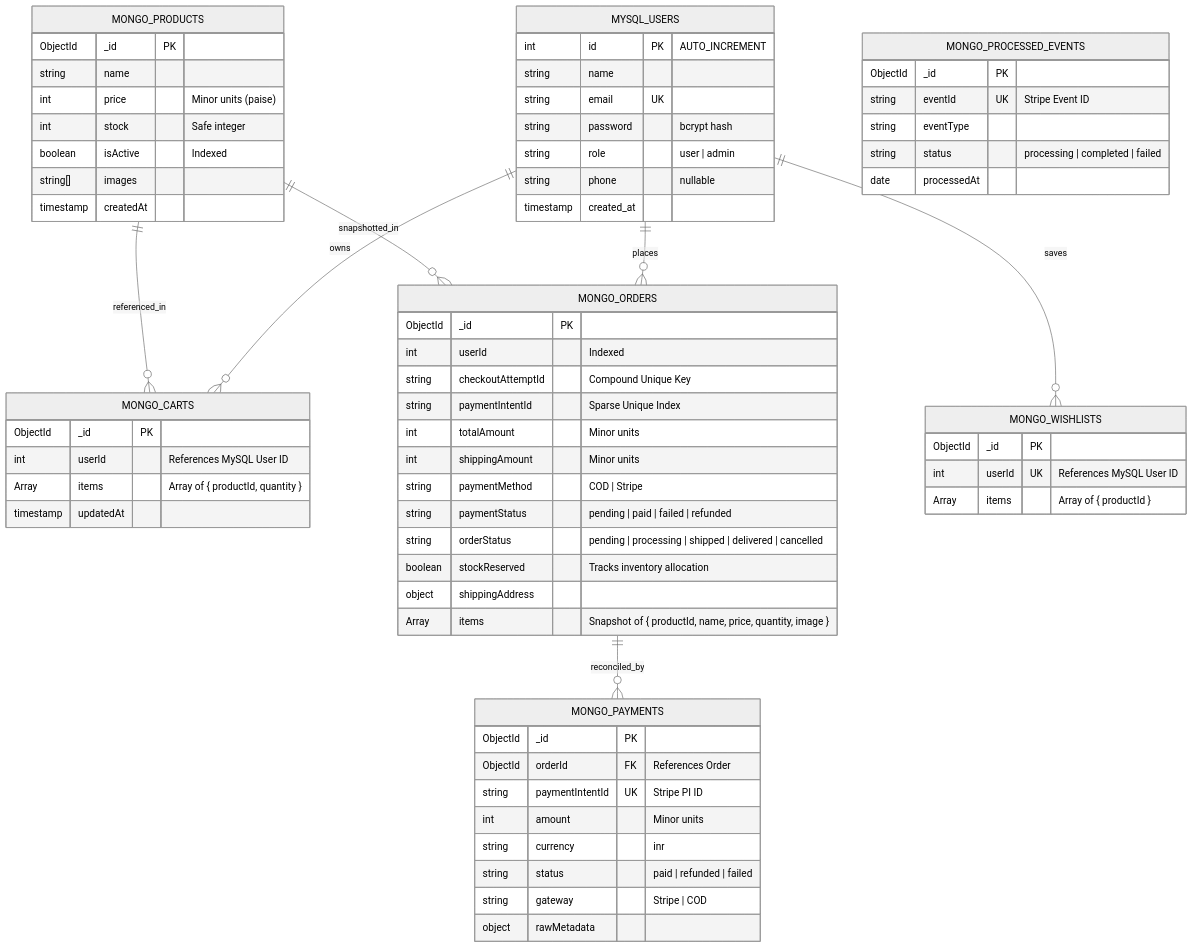
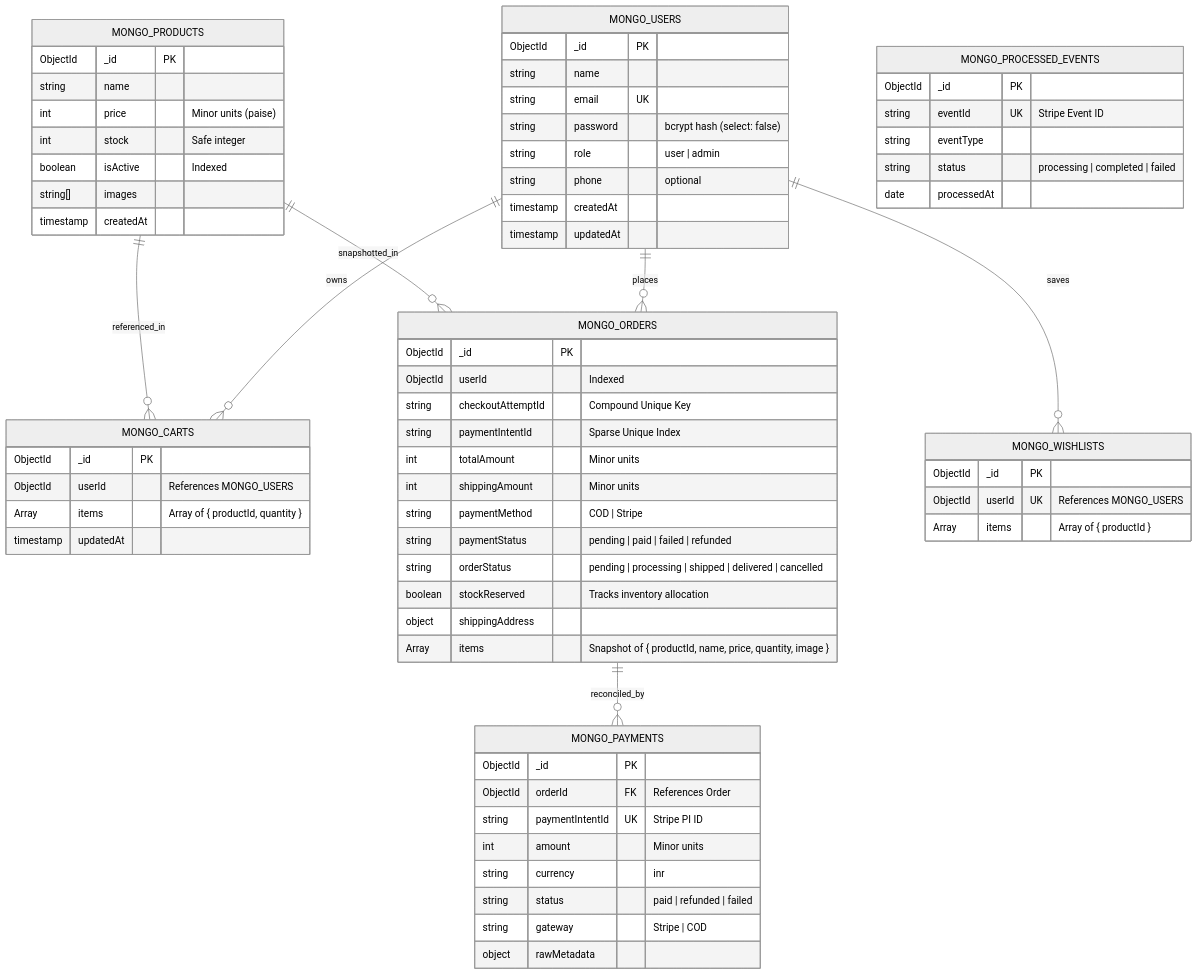
The fifth of 5 diagrams in README.md (Akash0086/E_Commerce), drawn with Mermaid (neutral theme) before and after one commit. The commit also changed other lines of this file, not shown here.

````diff
--- a/README.md
+++ b/README.md
@@ -385,76 +378,77 @@
 ```mermaid
 erDiagram
-    MYSQL_USERS ||--o{ MONGO_CARTS : "owns"
-    MYSQL_USERS ||--o{ MONGO_ORDERS : "places"
-    MYSQL_USERS ||--o{ MONGO_WISHLISTS : "saves"
+    MONGO_USERS ||--o{ MONGO_CARTS : "owns"
+    MONGO_USERS ||--o{ MONGO_ORDERS : "places"
+    MONGO_USERS ||--o{ MONGO_WISHLISTS : "saves"
     MONGO_ORDERS ||--o{ MONGO_PAYMENTS : "reconciled_by"
     MONGO_PRODUCTS ||--o{ MONGO_CARTS : "referenced_in"
     MONGO_PRODUCTS ||--o{ MONGO_ORDERS : "snapshotted_in"
 
-    MYSQL_USERS {
-        int id PK "AUTO_INCREMENT"
+    MONGO_USERS {
+        ObjectId _id PK
         string name
         string email UK
-        string password "bcrypt hash"
+        string password "bcrypt hash (select: false)"
         string role "user | admin"
-        string phone "nullable"
-        timestamp created_at
+        string phone "optional"
+        timestamp createdAt
+        timestamp updatedAt
     }
 
     MONGO_PRODUCTS {
         ObjectId _id PK
         string name
         int price "Minor units (paise)"
         int stock "Safe integer"
         boolean isActive "Indexed"
         string[] images
         timestamp createdAt
     }
 
     MONGO_CARTS {
         ObjectId _id PK
-        int userId "References MySQL User ID"
+        ObjectId userId "References MONGO_USERS"
         Array items "Array of { productId, quantity }"
         timestamp updatedAt
     }
 
     MONGO_ORDERS {
         ObjectId _id PK
-        int userId "Indexed"
+        ObjectId userId "Indexed"
         string checkoutAttemptId "Compound Unique Key"
         string paymentIntentId "Sparse Unique Index"
         int totalAmount "Minor units"
         int shippingAmount "Minor units"
         string paymentMethod "COD | Stripe"
         string paymentStatus "pending | paid | failed | refunded"
         string orderStatus "pending | processing | shipped | delivered | cancelled"
         boolean stockReserved "Tracks inventory allocation"
         object shippingAddress
         Array items "Snapshot of { productId, name, price, quantity, image }"
     }
 
     MONGO_PAYMENTS {
         ObjectId _id PK
         ObjectId orderId FK "References Order"
         string paymentIntentId UK "Stripe PI ID"
         int amount "Minor units"
         string currency "inr"
         string status "paid | refunded | failed"
         string gateway "Stripe | COD"
         object rawMetadata
     }
 
     MONGO_PROCESSED_EVENTS {
         ObjectId _id PK
         string eventId UK "Stripe Event ID"
         string eventType
         string status "processing | completed | failed"
         date processedAt
     }
 
     MONGO_WISHLISTS {
         ObjectId _id PK
-        int userId UK "References MySQL User ID"
+        ObjectId userId UK "References MONGO_USERS"
         Array items "Array of { productId }"
     }
 ```
````
